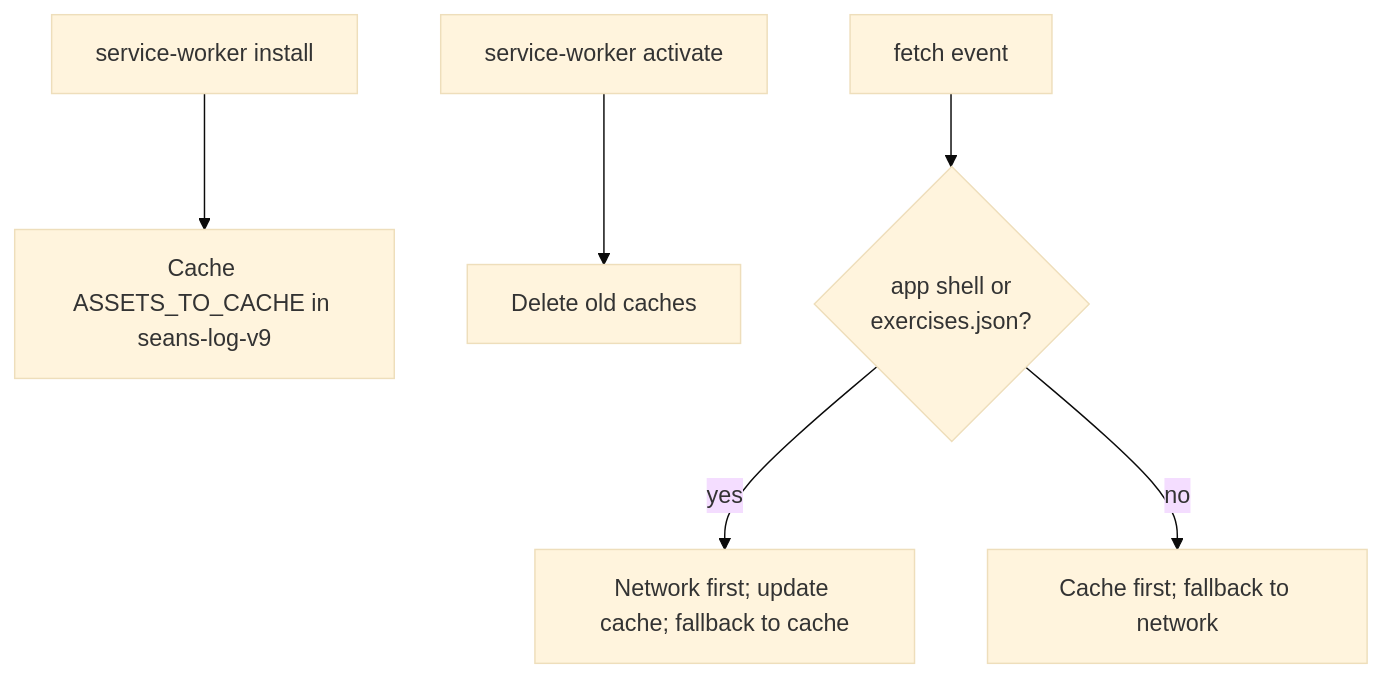
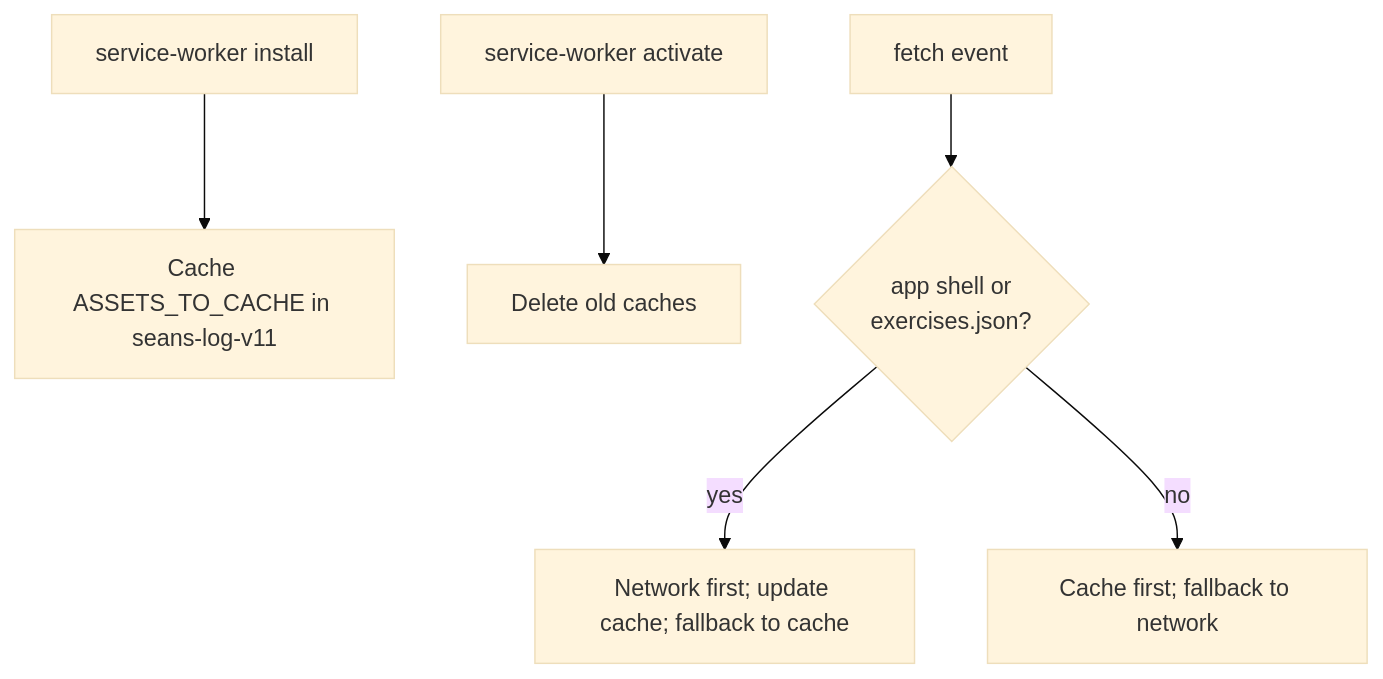
Before and after one commit to 0sps/sull1van.com: the fifth of 5 diagrams in workouts/WORKOUTS_ARCHITECTURE.md, drawn with Mermaid (base theme). The commit also changed other lines of this file and 6 other files, not shown here.

````diff
--- a/workouts/WORKOUTS_ARCHITECTURE.md
+++ b/workouts/WORKOUTS_ARCHITECTURE.md
@@ -222,8 +224,8 @@
 ```mermaid
 flowchart TD
-    Install["service-worker install"] --> Cache["Cache ASSETS_TO_CACHE in seans-log-v9"]
+    Install["service-worker install"] --> Cache["Cache ASSETS_TO_CACHE in seans-log-v11"]
     Activate["service-worker activate"] --> Cleanup["Delete old caches"]
     Fetch["fetch event"] --> Shell{"app shell or<br/>exercises.json?"}
     Shell -->|yes| NetworkFirst["Network first; update cache; fallback to cache"]
     Shell -->|no| CacheFirst["Cache first; fallback to network"]
 ```
````
